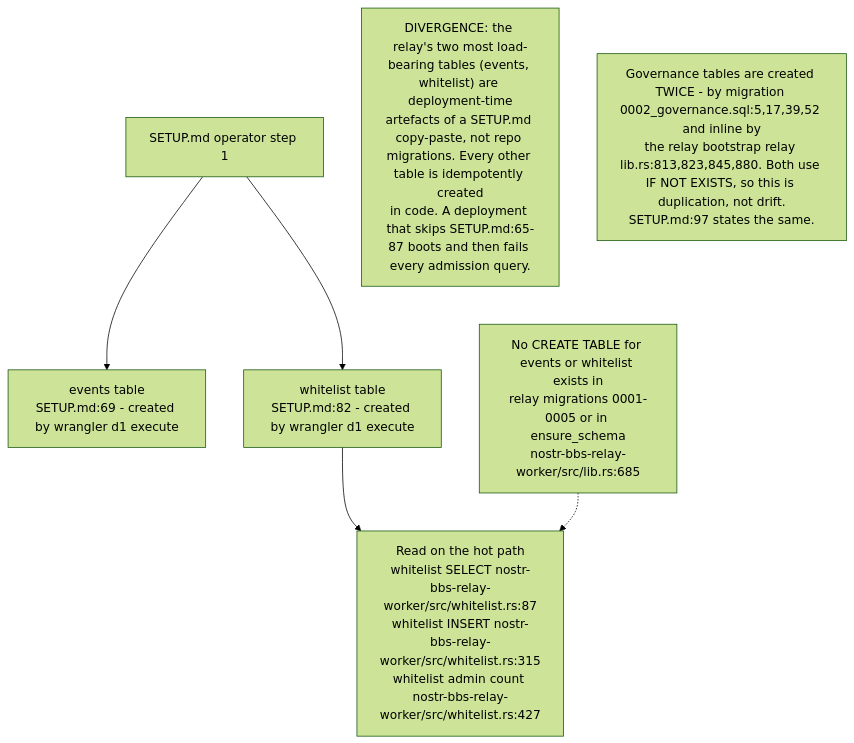
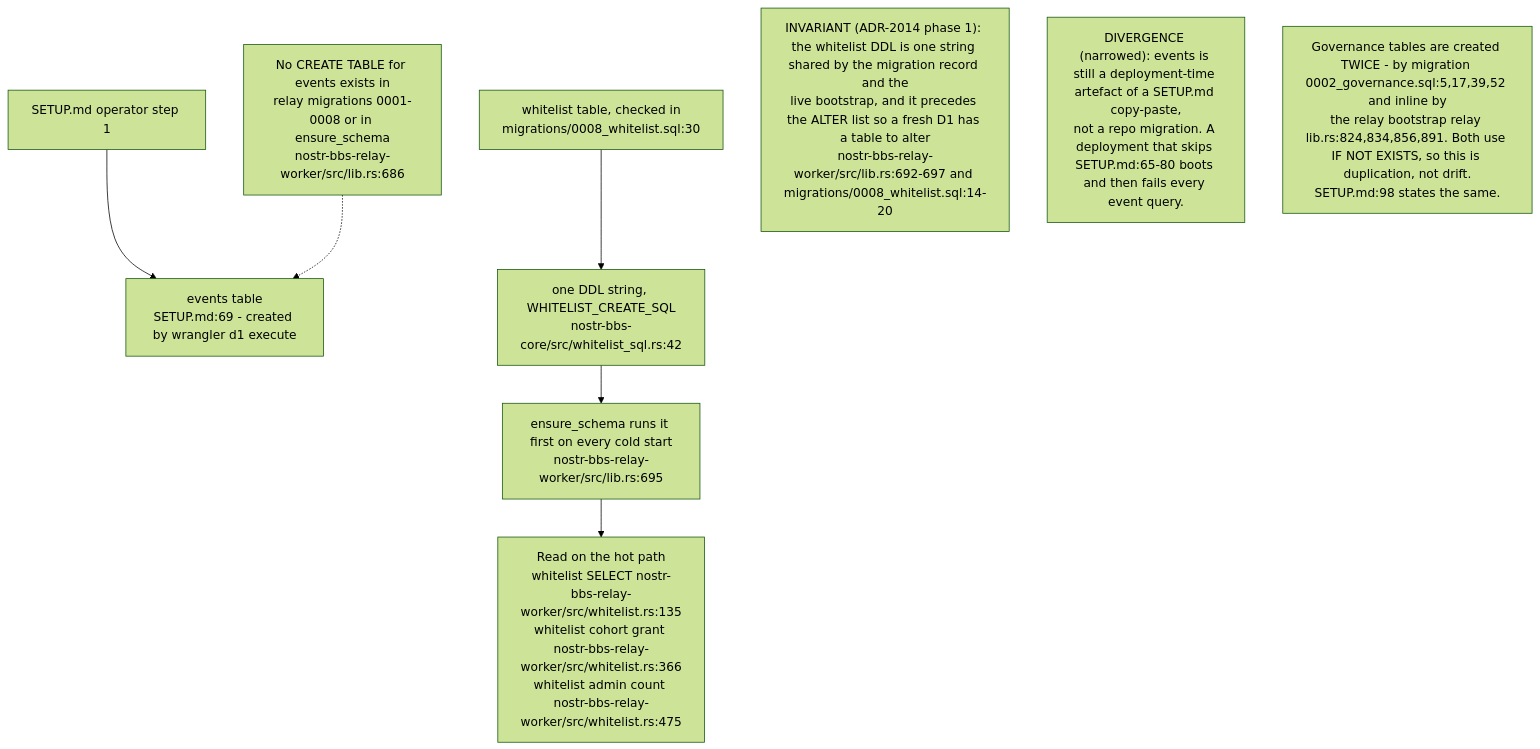
Before and after one commit to DreamLab-AI/VisionFlow: the sixth of 9 diagrams in docs/diagrams/nostr-rust-forum/08-config-zones-stores-and-admin-authority.md, drawn with Mermaid (forest theme). The commit also changed other lines of this file and 31 other files, not shown here.

````diff
--- a/docs/diagrams/nostr-rust-forum/08-config-zones-stores-and-admin-authority.md
+++ b/docs/diagrams/nostr-rust-forum/08-config-zones-stores-and-admin-authority.md
@@ -187,16 +190,20 @@
 ```mermaid
 flowchart TB
     SETUP["SETUP.md operator step 1"]
     EVENTS["events table<br/>SETUP.md:69 - created by wrangler d1 execute"]
-    WL["whitelist table<br/>SETUP.md:82 - created by wrangler d1 execute"]
-    READERS["Read on the hot path<br/>whitelist SELECT nostr-bbs-relay-worker/src/whitelist.rs:87<br/>whitelist INSERT nostr-bbs-relay-worker/src/whitelist.rs:315<br/>whitelist admin count nostr-bbs-relay-worker/src/whitelist.rs:427"]
-    NOCREATE["No CREATE TABLE for events or whitelist exists in<br/>relay migrations 0001-0005 or in ensure_schema<br/>nostr-bbs-relay-worker/src/lib.rs:685"]
+    MIG["whitelist table, checked in<br/>migrations/0008_whitelist.sql:30"]
+    CORE["one DDL string, WHITELIST_CREATE_SQL<br/>nostr-bbs-core/src/whitelist_sql.rs:42"]
+    ENS["ensure_schema runs it first on every cold start<br/>nostr-bbs-relay-worker/src/lib.rs:695"]
+    READERS["Read on the hot path<br/>whitelist SELECT nostr-bbs-relay-worker/src/whitelist.rs:135<br/>whitelist cohort grant nostr-bbs-relay-worker/src/whitelist.rs:366<br/>whitelist admin count nostr-bbs-relay-worker/src/whitelist.rs:475"]
+    NOCREATE["No CREATE TABLE for events exists in<br/>relay migrations 0001-0008 or in ensure_schema<br/>nostr-bbs-relay-worker/src/lib.rs:686"]
 
     SETUP --> EVENTS
-    SETUP --> WL
-    WL --> READERS
-    NOCREATE -.-> READERS
+    MIG --> CORE
+    CORE --> ENS
+    ENS --> READERS
+    NOCREATE -.-> EVENTS
 
-    N1["DIVERGENCE: the relay's two most load-bearing tables (events, whitelist) are deployment-time<br/>artefacts of a SETUP.md copy-paste, not repo migrations. Every other table is idempotently created<br/>in code. A deployment that skips SETUP.md:65-87 boots and then fails every admission query."]
-    N2["Governance tables are created TWICE - by migration 0002_governance.sql:5,17,39,52 and inline by<br/>the relay bootstrap relay lib.rs:813,823,845,880. Both use IF NOT EXISTS, so this is duplication, not drift.<br/>SETUP.md:97 states the same."]
+    N1["INVARIANT (ADR-2014 phase 1): the whitelist DDL is one string shared by the migration record and the<br/>live bootstrap, and it precedes the ALTER list so a fresh D1 has a table to alter<br/>nostr-bbs-relay-worker/src/lib.rs:692-697 and migrations/0008_whitelist.sql:14-20"]
+    N2["DIVERGENCE (narrowed): events is still a deployment-time artefact of a SETUP.md copy-paste,<br/>not a repo migration. A deployment that skips SETUP.md:65-80 boots and then fails every event query."]
+    N3["Governance tables are created TWICE - by migration 0002_governance.sql:5,17,39,52 and inline by<br/>the relay bootstrap relay lib.rs:824,834,856,891. Both use IF NOT EXISTS, so this is duplication, not drift.<br/>SETUP.md:98 states the same."]
 ```
````
